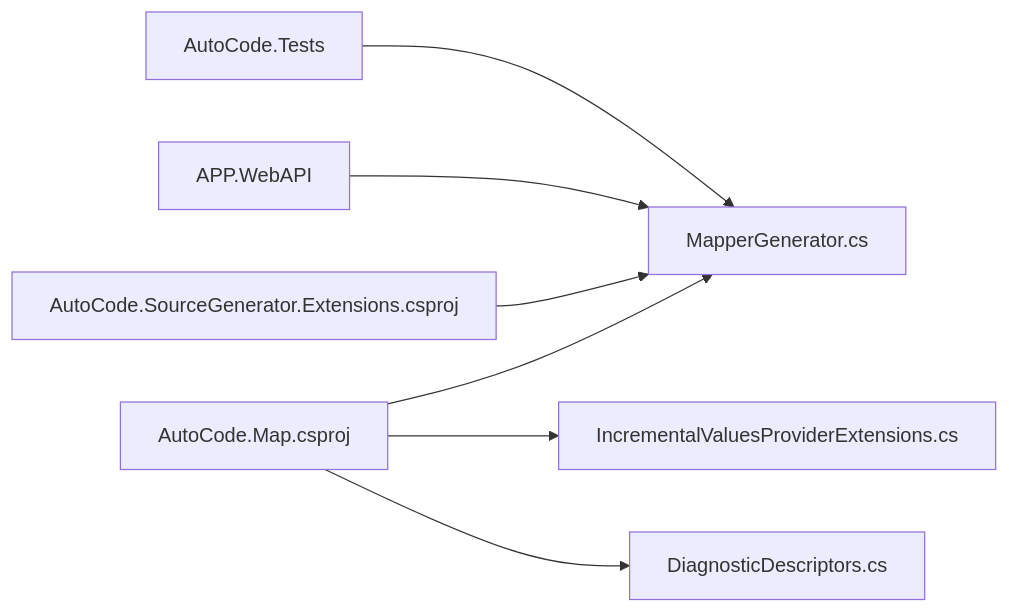
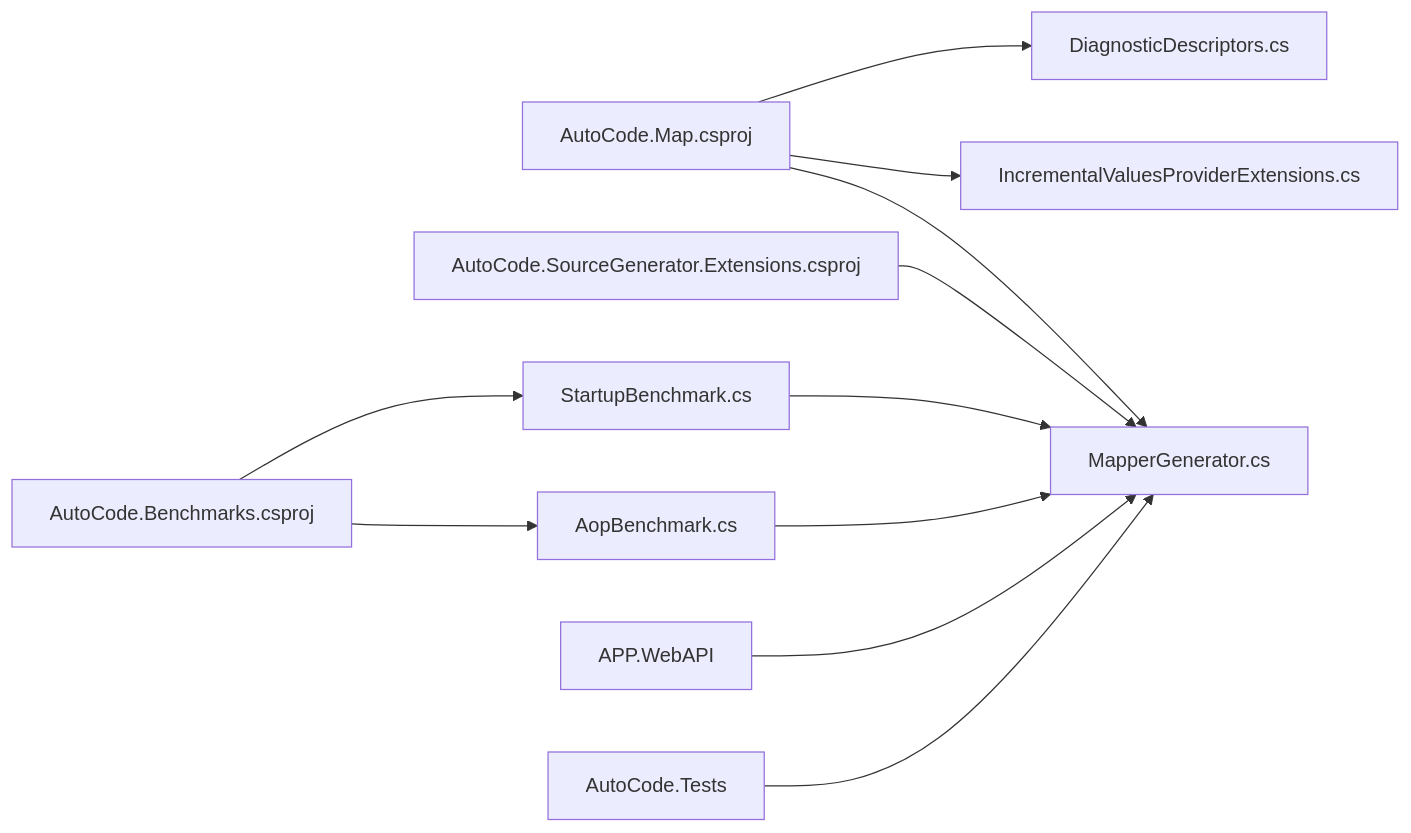
The fifth of 6 diagrams in .qoder/repowiki/zh/content/调试与诊断/性能监控与优化.md (alivy/AutoCode), drawn with Mermaid before and after one commit. The commit also changed other lines of this file and 150 other files, not shown here.

````diff
--- a/.qoder/repowiki/zh/content/调试与诊断/性能监控与优化.md
+++ b/.qoder/repowiki/zh/content/调试与诊断/性能监控与优化.md
@@ -180,9 +219,13 @@
 ```mermaid
 graph LR
 MapProj["AutoCode.Map.csproj"] --> MapGen["MapperGenerator.cs"]
 MapProj --> IncExt["IncrementalValuesProviderExtensions.cs"]
 MapProj --> Diag["DiagnosticDescriptors.cs"]
 ExtProj["AutoCode.SourceGenerator.Extensions.csproj"] --> MapGen
+BenchProj["AutoCode.Benchmarks.csproj"] --> AopBench["AopBenchmark.cs"]
+BenchProj --> StartBench["StartupBenchmark.cs"]
+AopBench --> MapGen
+StartBench --> MapGen
 WebAPI["APP.WebAPI"] --> MapGen
 Tests["AutoCode.Tests"] --> MapGen
 ```
````
